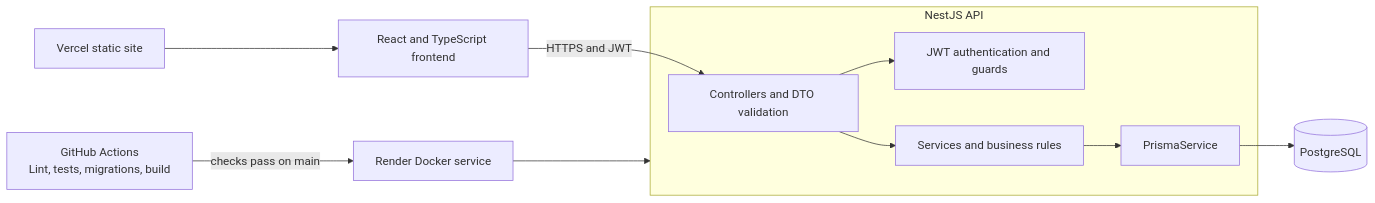
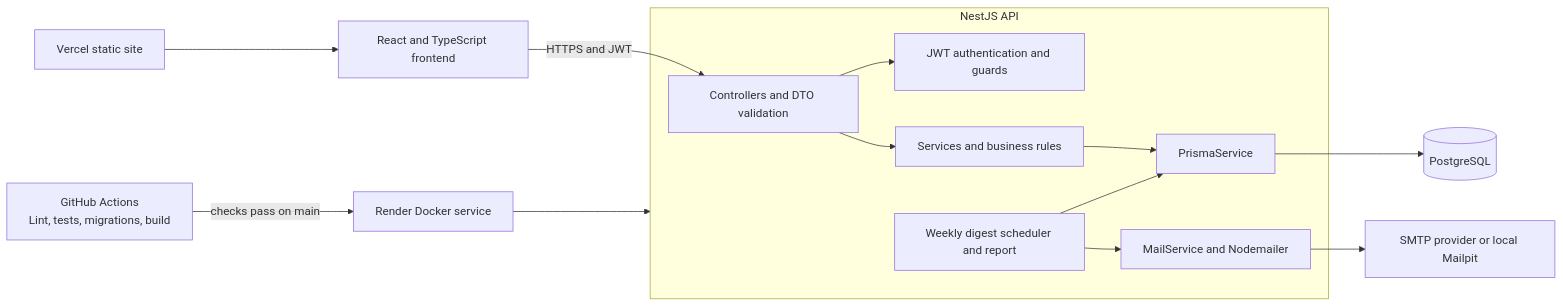
One commit to thatsalgoritma/job-application-tracker changed the diagram in README.md. Above: the diagram before and after it, drawn with Mermaid. The commit also changed other lines of this file and 25 other files, not shown here.

````diff
--- a/README.md
+++ b/README.md
@@ -11,20 +11,25 @@
 ```mermaid
 flowchart LR
     Browser[React and TypeScript frontend]
     subgraph API[NestJS API]
         Controllers[Controllers and DTO validation]
-        Auth[JWT authentication and guards]
-        Services[Services and business rules]
-        Prisma[PrismaService]
+    Auth[JWT authentication and guards]
+    Services[Services and business rules]
+    Digest[Weekly digest scheduler and report]
+    Mail[MailService and Nodemailer]
+    Prisma[PrismaService]
         Controllers --> Auth
         Controllers --> Services
-        Services --> Prisma
+    Services --> Prisma
+    Digest --> Prisma
+    Digest --> Mail
     end
     DB[(PostgreSQL)]
     Browser -->|HTTPS and JWT| Controllers
     Prisma --> DB
+    Mail --> SMTP[SMTP provider or local Mailpit]
 
     Actions[GitHub Actions\nLint, tests, migrations, build] -->|checks pass on main| Render[Render Docker service]
     Render --> API
     Vercel[Vercel static site] --> Browser
 ```
````
